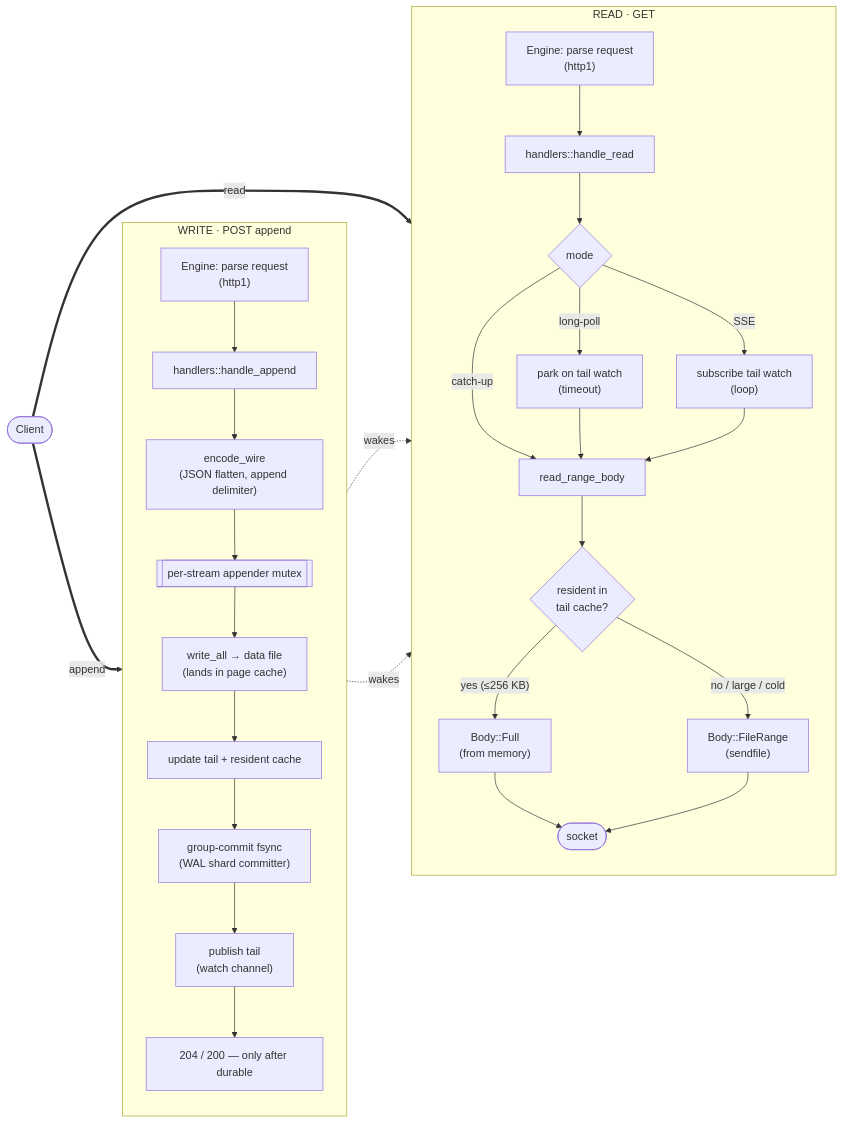
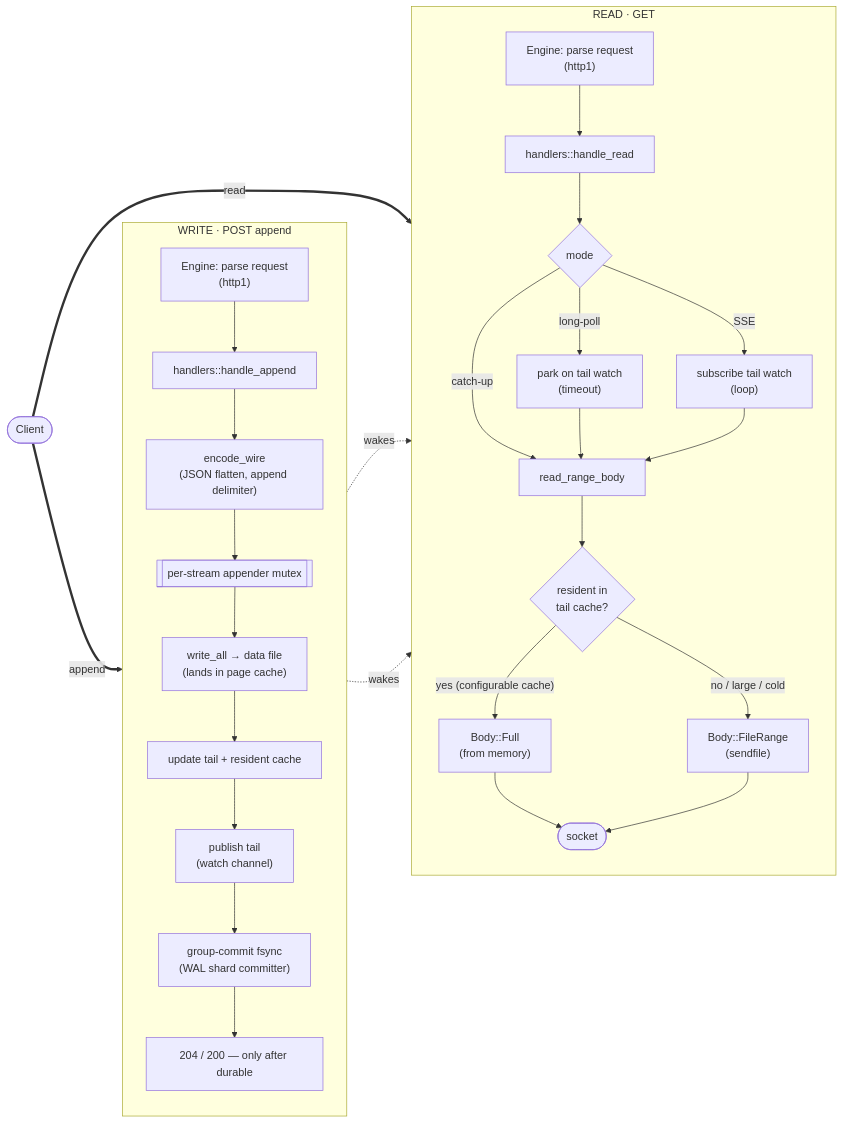
One commit to electric-sql/electric changed the first of 3 diagrams in ARCHITECTURE.md. Above: the diagram before and after it, drawn with Mermaid. The commit also changed other lines of this file and 1 other file, not shown here.

````diff
--- a/ARCHITECTURE.md
+++ b/ARCHITECTURE.md
@@ -38,37 +39,37 @@
 ```mermaid
 flowchart LR
   C(["Client"])
 
   subgraph WRITE["WRITE  ·  POST append"]
     direction TB
     W1["Engine: parse request<br/>(http1)"] --> W2["handlers::handle_append"]
     W2 --> W3["encode_wire<br/>(JSON flatten, append delimiter)"]
     W3 --> W4[["per-stream appender mutex"]]
     W4 --> W5["write_all → data file<br/>(lands in page cache)"]
     W5 --> W6["update tail + resident cache"]
-    W6 --> W7["group-commit fsync<br/>(WAL shard committer)"]
-    W7 --> W8["publish tail<br/>(watch channel)"]
-    W8 --> W9["204 / 200 — only after durable"]
+    W6 --> W8["publish tail<br/>(watch channel)"]
+    W8 --> W7["group-commit fsync<br/>(WAL shard committer)"]
+    W7 --> W9["204 / 200 — only after durable"]
   end
 
   subgraph READ["READ  ·  GET"]
     direction TB
     R1["Engine: parse request<br/>(http1)"] --> R2["handlers::handle_read"]
     R2 --> R3{"mode"}
     R3 -->|"catch-up"| RB["read_range_body"]
     R3 -->|"long-poll"| R5["park on tail watch<br/>(timeout)"]
     R3 -->|"SSE"| R6["subscribe tail watch<br/>(loop)"]
     R5 --> RB
     R6 --> RB
     RB --> R7{"resident in<br/>tail cache?"}
-    R7 -->|"yes (≤256 KB)"| R8["Body::Full<br/>(from memory)"]
+    R7 -->|"yes (configurable cache)"| R8["Body::Full<br/>(from memory)"]
     R7 -->|"no / large / cold"| R9["Body::FileRange<br/>(sendfile)"]
     R8 --> R10(["socket"])
     R9 --> R10
   end
 
   C ==>|"append"| W1
   C ==>|"read"| R1
   W8 -. "wakes" .-> R5
   W8 -. "wakes" .-> R6
 ```
````
